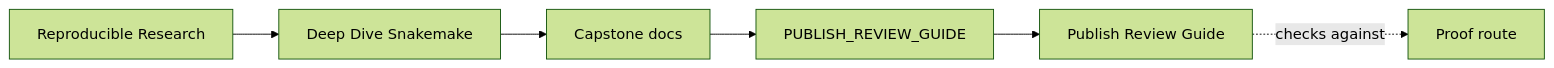
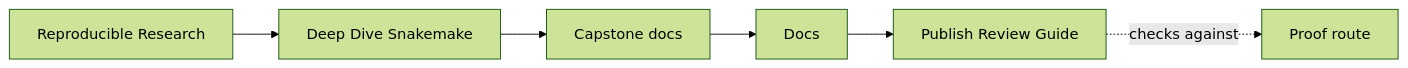
Before and after one commit to bijux/bijux-masterclass: the first of 2 diagrams in programs/reproducible-research/deep-dive-snakemake/capstone/docs/publish-review-guide.md, drawn with Mermaid (forest theme). The commit also changed other lines of this file and 149 other files, not shown here.

````diff
--- a/programs/reproducible-research/deep-dive-snakemake/capstone/docs/publish-review-guide.md
+++ b/programs/reproducible-research/deep-dive-snakemake/capstone/docs/publish-review-guide.md
@@ -7,12 +7,12 @@
 ```mermaid
 graph LR
   family["Reproducible Research"]
   program["Deep Dive Snakemake"]
   guide["Capstone docs"]
-  section["PUBLISH_REVIEW_GUIDE"]
+  section["Docs"]
   page["Publish Review Guide"]
   proof["Proof route"]
 
   family --> program --> guide --> section --> page
   page -.checks against.-> proof
 ```
````
